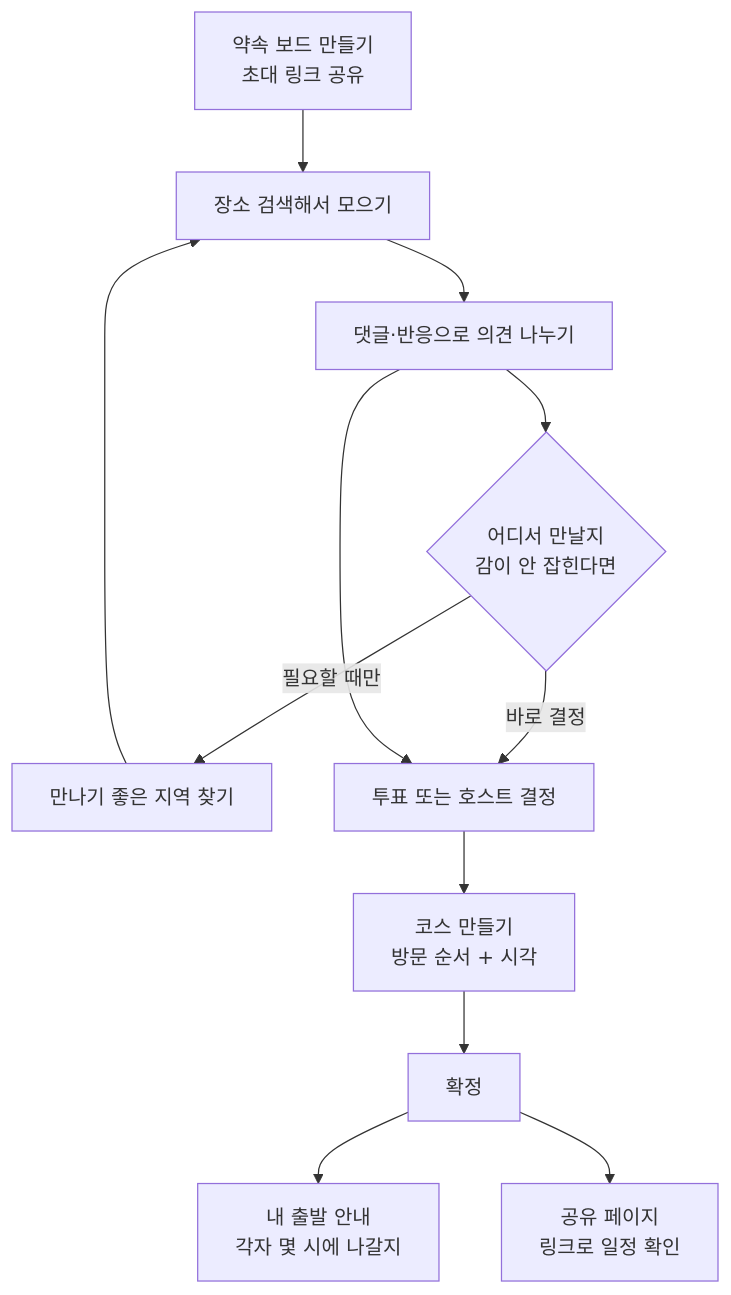
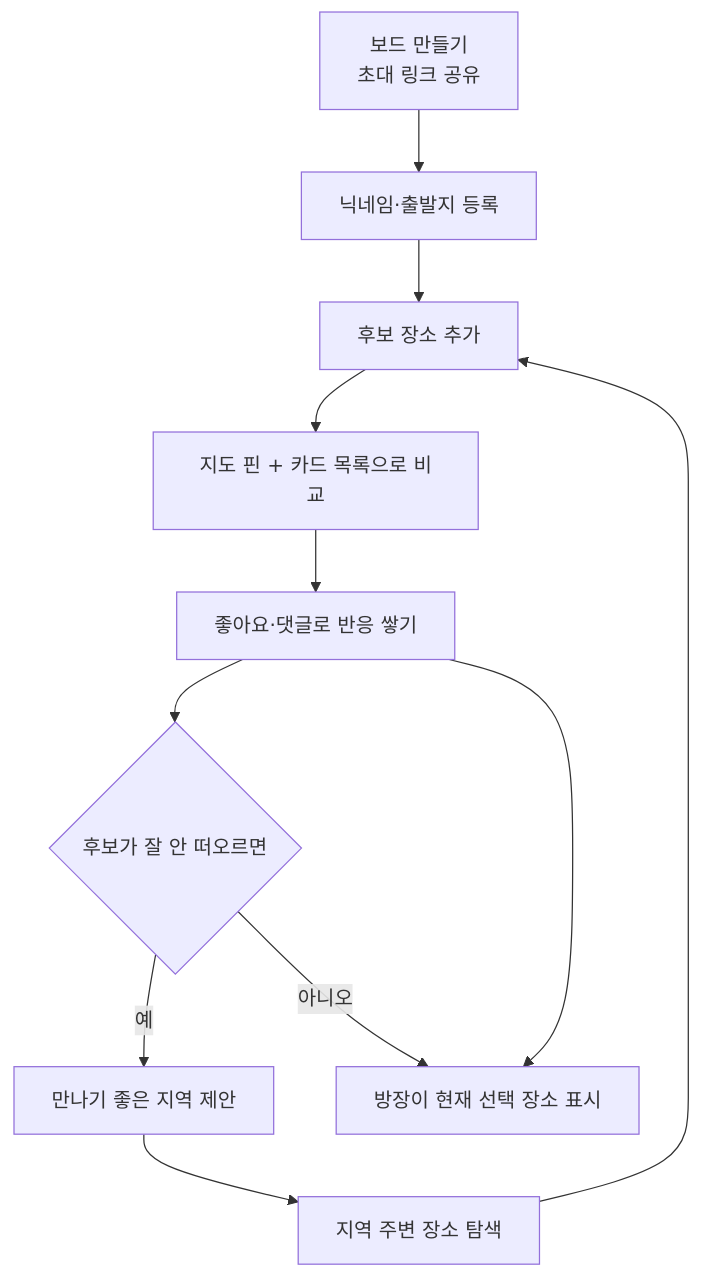
The first of 2 diagrams in specs/기능요약.md (2026-Siheung-SW-Bootcamp-Team-D/docs), drawn with Mermaid before and after one commit. The commit also changed other lines of this file and 6 other files, not shown here.

````diff
--- a/specs/기능요약.md
+++ b/specs/기능요약.md
@@ -49,14 +44,13 @@
 ```mermaid
 flowchart TD
-    A["약속 보드 만들기<br/>초대 링크 공유"] --> B["장소 검색해서 모으기"]
-    B --> C["댓글·반응으로 의견 나누기"]
-    C --> D{"어디서 만날지<br/>감이 안 잡힌다면"}
-    D -->|"필요할 때만"| E["만나기 좋은 지역 찾기"]
-    E --> B
-    D -->|"바로 결정"| F["투표 또는 호스트 결정"]
-    C --> F
-    F --> G["코스 만들기<br/>방문 순서 + 시각"]
-    G --> H["확정"]
-    H --> I["내 출발 안내<br/>각자 몇 시에 나갈지"]
-    H --> J["공유 페이지<br/>링크로 일정 확인"]
+    A["보드 만들기<br/>초대 링크 공유"] --> B["닉네임·출발지 등록"]
+    B --> C["후보 장소 추가"]
+    C --> D["지도 핀 + 카드 목록으로 비교"]
+    D --> E["좋아요·댓글로 반응 쌓기"]
+    E --> F{"후보가 잘 안 떠오르면"}
+    F -->|"예"| G["만나기 좋은 지역 제안"]
+    G --> H["지역 주변 장소 탐색"]
+    H --> C
+    F -->|"아니오"| I["방장이 현재 선택 장소 표시"]
+    E --> I
 ```
````
